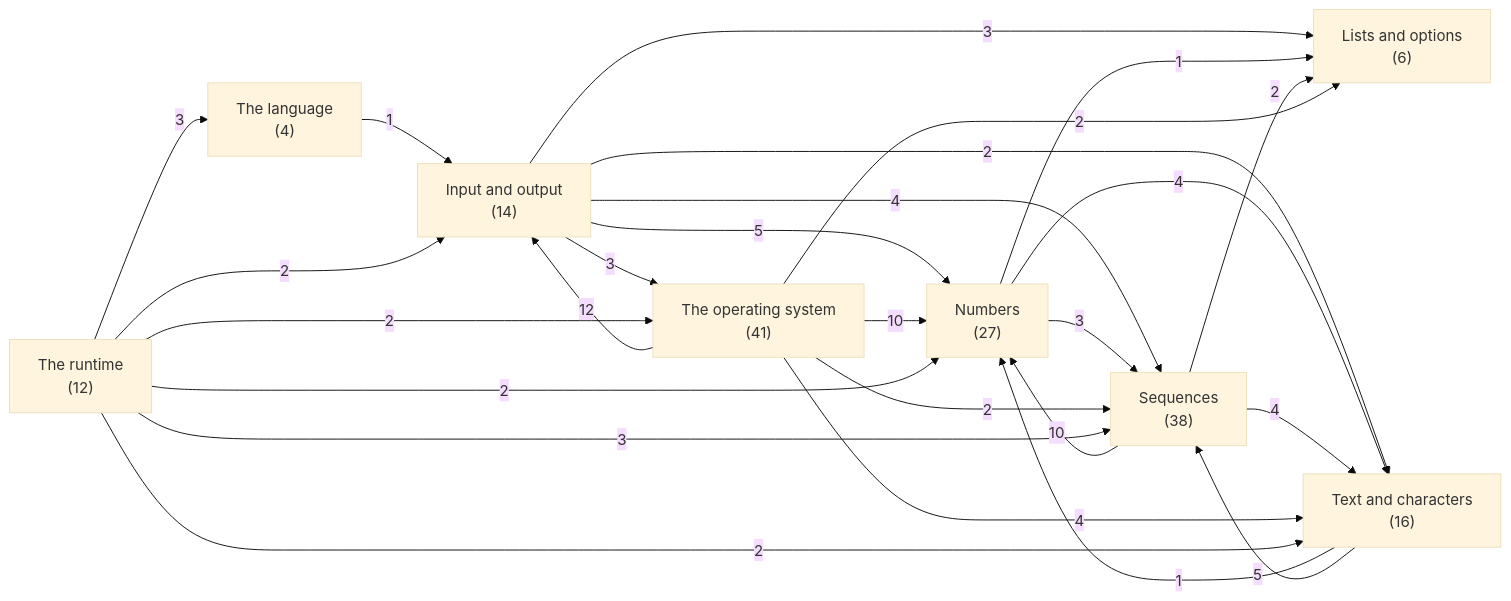
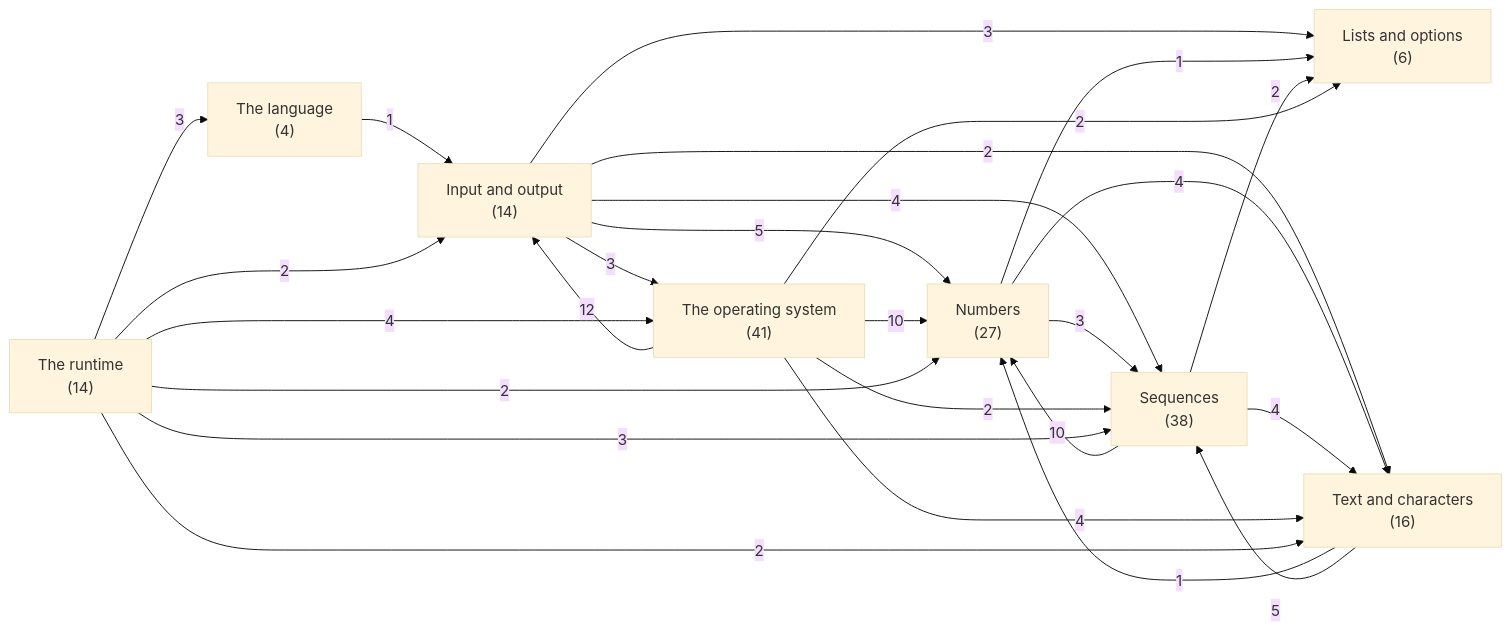
Before and after one commit to ruudkoot/rune: the first of 9 diagrams in docs/generated/basis/depends.md, drawn with Mermaid (base theme). The commit also changed other lines of this file and 49 other files, not shown here.

````diff
--- a/docs/generated/basis/depends.md
+++ b/docs/generated/basis/depends.md
@@ -24,36 +24,36 @@
 ```mermaid
 flowchart LR
   a0["The language<br>(4)"]
   a1["Text and characters<br>(16)"]
   a2["Lists and options<br>(6)"]
   a3["Numbers<br>(27)"]
   a4["Sequences<br>(38)"]
   a5["The operating system<br>(41)"]
   a6["Input and output<br>(14)"]
-  a7["The runtime<br>(12)"]
+  a7["The runtime<br>(14)"]
   a6 -- 3 --> a2
   a6 -- 5 --> a3
   a6 -- 4 --> a4
   a6 -- 2 --> a1
   a6 -- 3 --> a5
   a3 -- 1 --> a2
   a3 -- 3 --> a4
   a3 -- 4 --> a1
   a4 -- 2 --> a2
   a4 -- 10 --> a3
   a4 -- 4 --> a1
   a1 -- 1 --> a3
   a1 -- 5 --> a4
   a0 -- 1 --> a6
   a5 -- 12 --> a6
   a5 -- 2 --> a2
   a5 -- 10 --> a3
   a5 -- 2 --> a4
   a5 -- 4 --> a1
   a7 -- 2 --> a6
   a7 -- 2 --> a3
   a7 -- 3 --> a4
   a7 -- 2 --> a1
   a7 -- 3 --> a0
-  a7 -- 2 --> a5
+  a7 -- 4 --> a5
 ```
````
